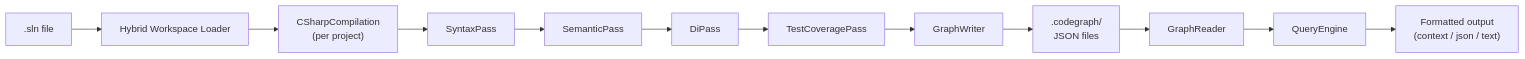
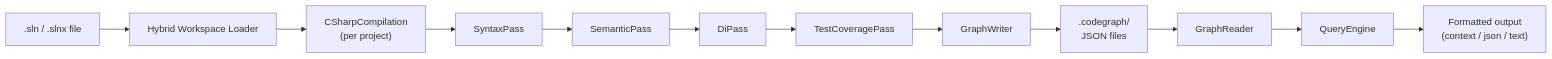
One commit to droosma/vibe-codeGraph changed the first of 3 diagrams in docs/architecture.md. Above: the diagram before and after it, drawn with Mermaid. The commit also changed other lines of this file and 6 other files, not shown here.

````diff
--- a/docs/architecture.md
+++ b/docs/architecture.md
@@ -7,14 +7,14 @@
 ```mermaid
 flowchart LR
-    A[".sln file"] --> B["Hybrid Workspace Loader"]
+    A[".sln / .slnx file"] --> B["Hybrid Workspace Loader"]
     B --> C["CSharpCompilation\n(per project)"]
     C --> D["SyntaxPass"]
     D --> E["SemanticPass"]
     E --> F["DiPass"]
     F --> G["TestCoveragePass"]
     G --> H["GraphWriter"]
     H --> I[".codegraph/\nJSON files"]
     I --> J["GraphReader"]
     J --> K["QueryEngine"]
     K --> L["Formatted output\n(context / json / text)"]
 ```
````
